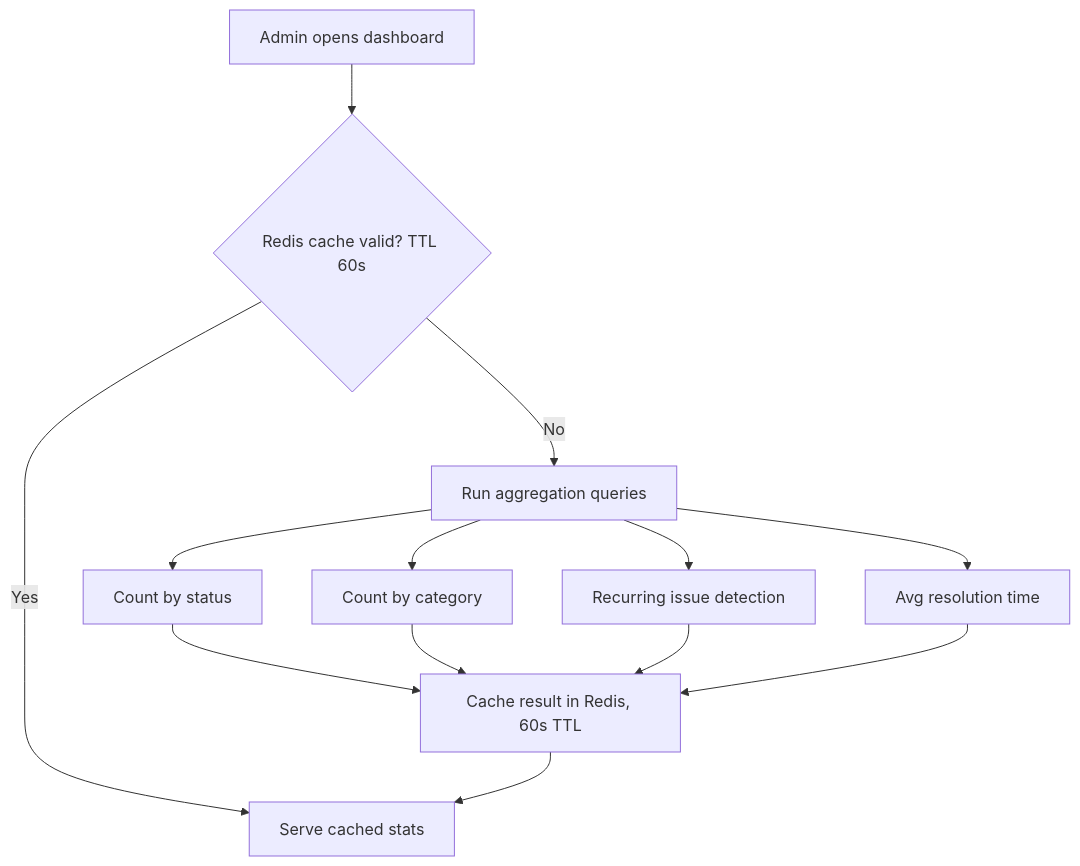
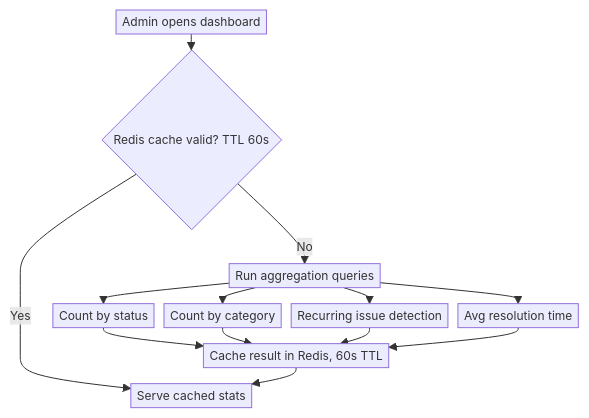
One commit to Suyash121212/SocietyTrack changed the eighth of 8 diagrams in SYSTEM_DESIGN.md. Above: the diagram before and after it, drawn with Mermaid. The commit also changed other lines of this file, not shown here.

````diff
--- a/SYSTEM_DESIGN.md
+++ b/SYSTEM_DESIGN.md
@@ -258,12 +264,13 @@
 ```mermaid
+%%{init: {'themeVariables': {'fontSize': '12px'}, 'flowchart': {'nodeSpacing': 10, 'rankSpacing': 16, 'padding': 3}}}%%
 flowchart TD
     A[Admin opens dashboard] --> B{Redis cache valid? TTL 60s}
     B -->|Yes| C[Serve cached stats]
     B -->|No| D[Run aggregation queries]
     D --> E[Count by status]
     D --> F[Count by category]
     D --> G[Recurring issue detection]
     D --> H[Avg resolution time]
     E & F & G & H --> I[Cache result in Redis, 60s TTL]
     I --> C
 ```
````
